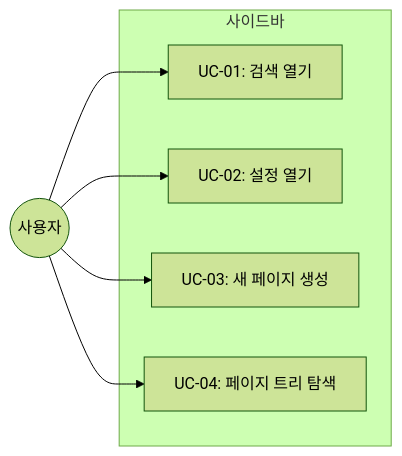
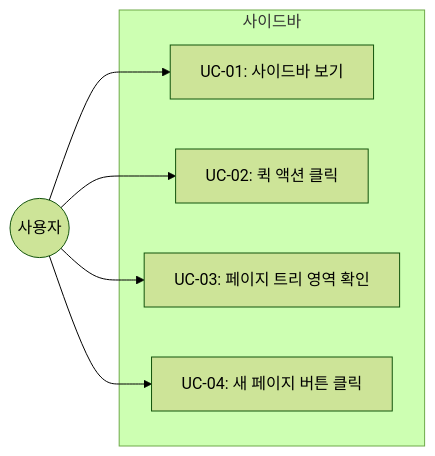
One commit to jongik-sv/orchay changed the first of 2 diagrams in .orchay/projects/notion-like/tasks/TSK-02-02/010-design.md. Above: the diagram before and after it, drawn with Mermaid (forest theme). The commit also changed other lines of this file and 2 other files, not shown here.

````diff
--- a/.orchay/projects/notion-like/tasks/TSK-02-02/010-design.md
+++ b/.orchay/projects/notion-like/tasks/TSK-02-02/010-design.md
@@ -88,14 +86,14 @@
 ```mermaid
 flowchart LR
     subgraph 사이드바
-        UC01[UC-01: 검색 열기]
-        UC02[UC-02: 설정 열기]
-        UC03[UC-03: 새 페이지 생성]
-        UC04[UC-04: 페이지 트리 탐색]
+        UC01[UC-01: 사이드바 보기]
+        UC02[UC-02: 퀵 액션 클릭]
+        UC03[UC-03: 페이지 트리 영역 확인]
+        UC04[UC-04: 새 페이지 버튼 클릭]
     end
 
     사용자((사용자)) --> UC01
     사용자 --> UC02
     사용자 --> UC03
     사용자 --> UC04
 ```
````
